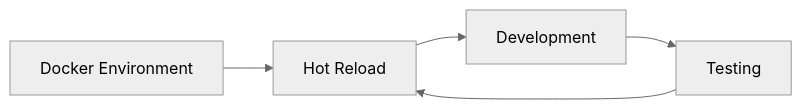
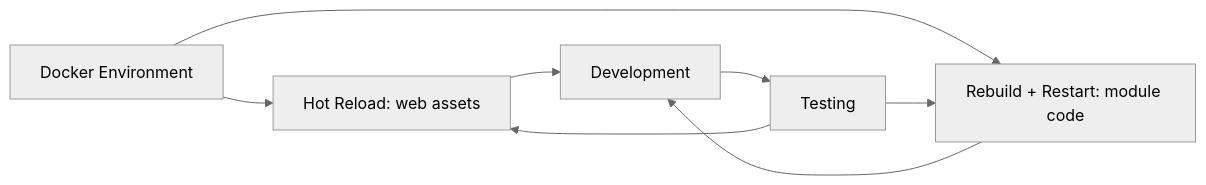
The diagram in docs/docs/2-Development/index.md (keith-gamble/example-perspective-component-module), drawn with Mermaid (neutral theme) before and after one commit. The commit also changed other lines of this file and 33 other files, not shown here.

````diff
--- a/docs/docs/2-Development/index.md
+++ b/docs/docs/2-Development/index.md
@@ -10,7 +10,10 @@
 ```mermaid
 graph LR
-    A[Docker Environment] --> B[Hot Reload]
+    A[Docker Environment] --> B[Hot Reload: web assets]
+    A --> E[Rebuild + Restart: module code]
     B --> C[Development]
+    E --> C
     C --> D[Testing]
     D --> B
+    D --> E
 ```
````
